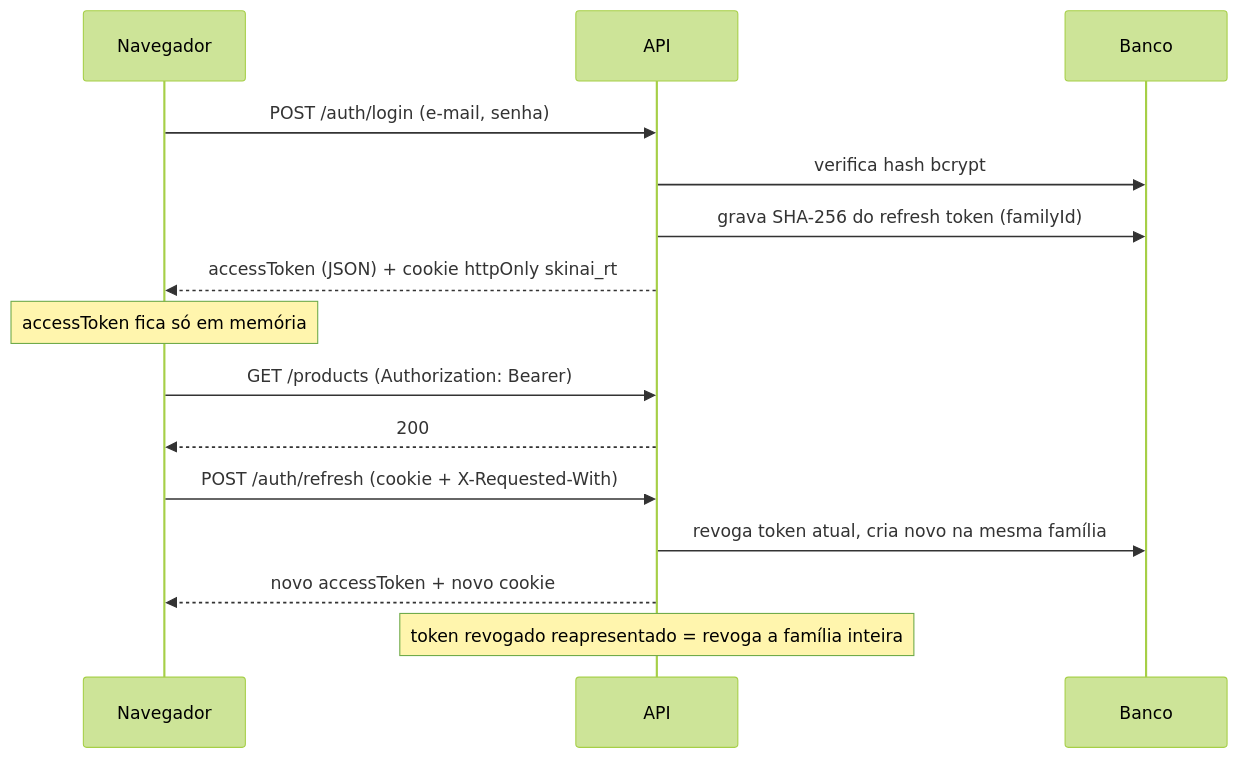
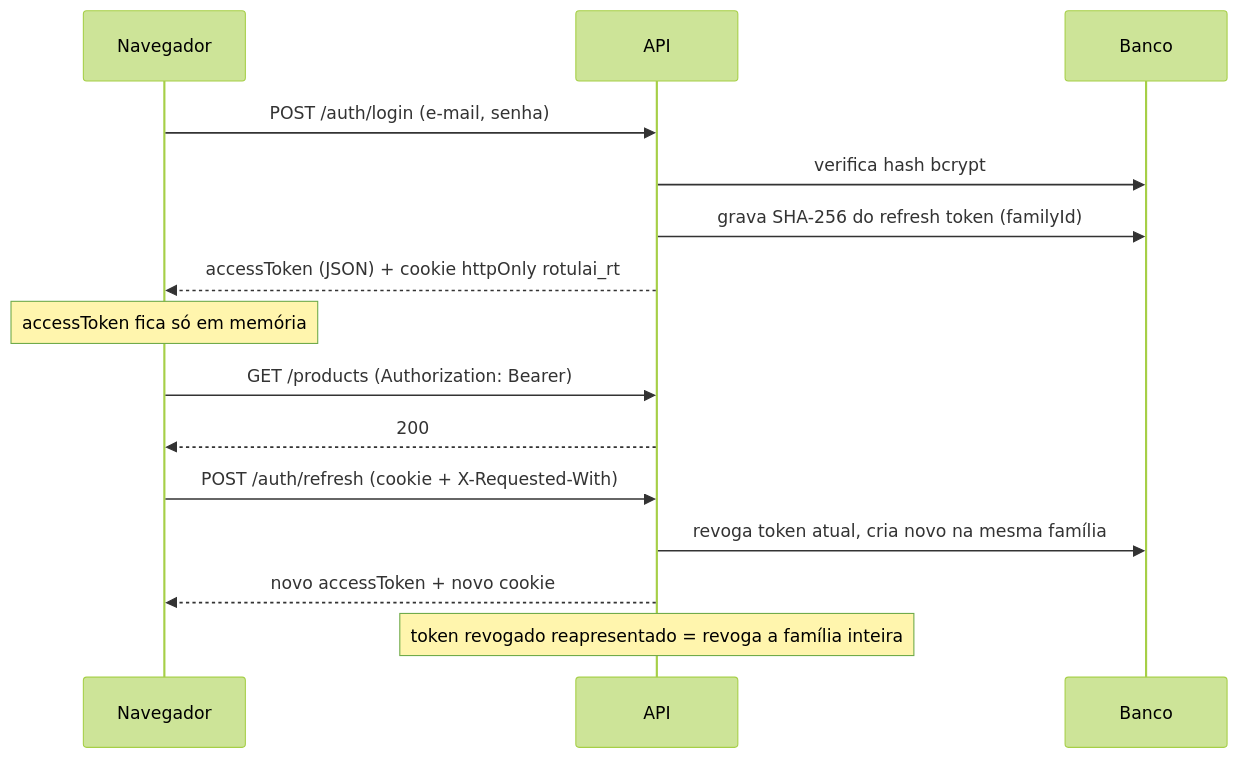
One commit to MilenaAmaral/RotulAI changed the third of 3 diagrams in docs/ARQUITETURA.md. Above: the diagram before and after it, drawn with Mermaid (forest theme). The commit also changed other lines of this file and 6 other files, not shown here.

````diff
--- a/docs/ARQUITETURA.md
+++ b/docs/ARQUITETURA.md
@@ -65,17 +65,17 @@
 ```mermaid
 sequenceDiagram
   participant B as Navegador
   participant A as API
   participant D as Banco
   B->>A: POST /auth/login (e-mail, senha)
   A->>D: verifica hash bcrypt
   A->>D: grava SHA-256 do refresh token (familyId)
-  A-->>B: accessToken (JSON) + cookie httpOnly skinai_rt
+  A-->>B: accessToken (JSON) + cookie httpOnly rotulai_rt
   Note over B: accessToken fica só em memória
   B->>A: GET /products (Authorization: Bearer)
   A-->>B: 200
   B->>A: POST /auth/refresh (cookie + X-Requested-With)
   A->>D: revoga token atual, cria novo na mesma família
   A-->>B: novo accessToken + novo cookie
   Note over A: token revogado reapresentado = revoga a família inteira
 ```
````
